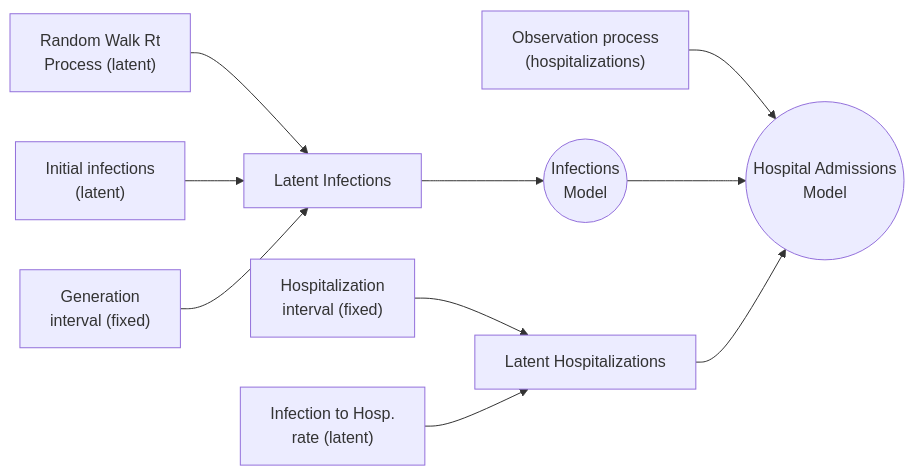
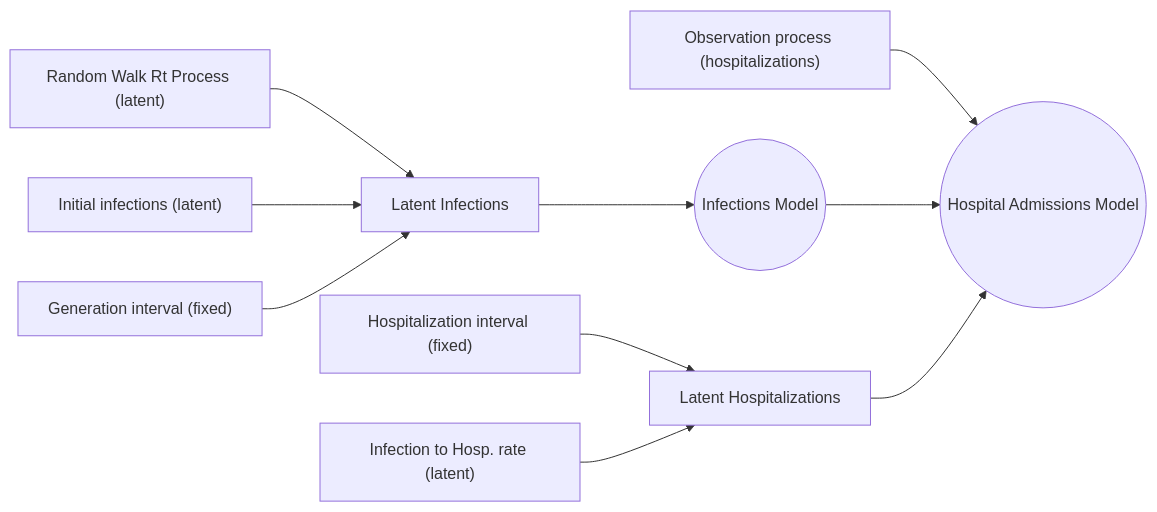
One commit to CDCgov/PyRenew changed the diagram in README.md. Above: the diagram before and after it, drawn with Mermaid. The commit also changed 2 other files, not shown here.

Commit message:
fix mermaid diagrams

````diff
--- a/README.md
+++ b/README.md
@@ -9,31 +9,31 @@
 ```mermaid
 flowchart LR
 
   %% Elements
-  rt_proc["Random Walk Rt\nProcess (latent)"];
+  rt_proc["Random Walk Rt Process (latent)"];
   latent_inf["Latent Infections"]
-  latent_ihr["Infection to Hosp.\nrate (latent)"]
-  neg_binom["Observation process\n(hospitalizations)"]
+  latent_ihr["Infection to Hosp. rate (latent)"]
+  neg_binom["Observation process (hospitalizations)"]
   latent_hosp["Latent Hospitalizations"];
-  i0["Initial infections\n(latent)"];
-  gen_int["Generation\ninterval (fixed)"];
-  hosp_int["Hospitalization\ninterval (fixed)"];
+  i0["Initial infections (latent)"];
+  gen_int["Generation interval (fixed)"];
+  hosp_int["Hospitalization interval (fixed)"];
 
   %% Models
-  basic_model(("Infections\nModel"));
-  admin_model(("Hospital Admissions\nModel"));
+  basic_model(("Infections Model"));
+  admin_model(("Hospital Admissions Model"));
 
   %% Latent infections
   rt_proc --> latent_inf;
   i0 --> latent_inf;
   gen_int --> latent_inf;
   latent_inf --> basic_model
 
   %% Hospitalizations
   hosp_int --> latent_hosp
 
   neg_binom --> admin_model;
   latent_ihr --> latent_hosp;
   basic_model --> admin_model;
   latent_hosp --> admin_model;
 ```
````
